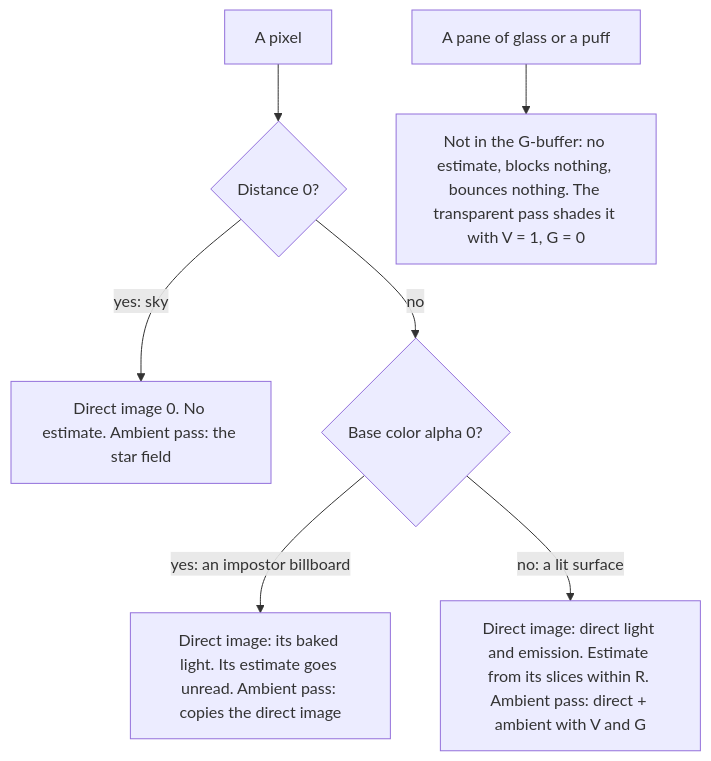
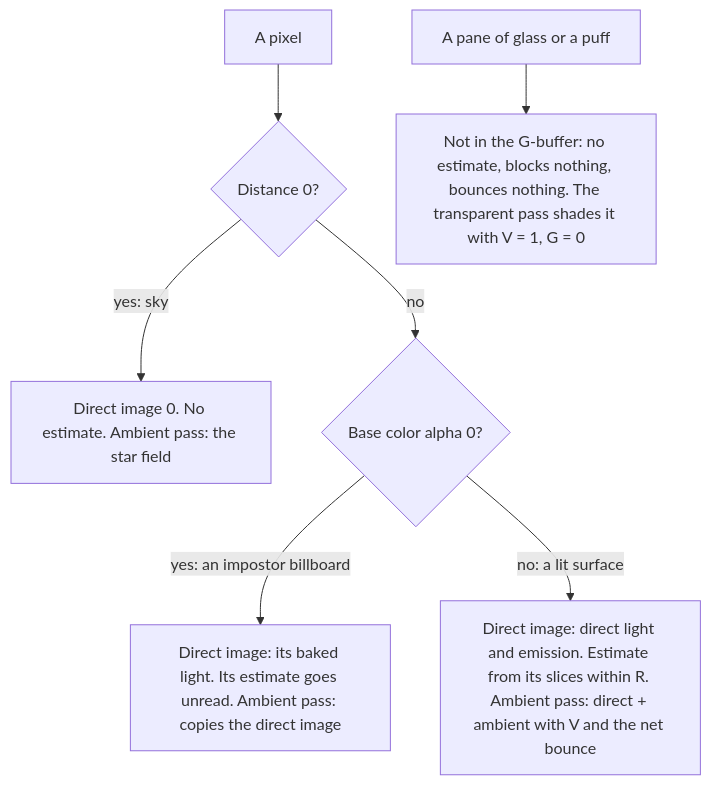
The third of 3 diagrams in docs/plans/screen-space-illumination.md (alexispurslane/tertius), drawn with Mermaid before and after one commit. The commit also changed other lines of this file and 33 other files, not shown here.

First line of the commit message:
ter-fs7b: the bounce light's open sectors read the environment map in their own directions

````diff
--- a/docs/plans/screen-space-illumination.md
+++ b/docs/plans/screen-space-illumination.md
@@ -784,9 +894,9 @@
 ```mermaid
 flowchart TD
     P["A pixel"] --> S{"Distance 0?"}
     S -- "yes: sky" --> SK["Direct image 0. No estimate. Ambient pass: the star field"]
     S -- no --> I{"Base color alpha 0?"}
     I -- "yes: an impostor billboard" --> IM["Direct image: its baked light. Its estimate goes unread. Ambient pass: copies the direct image"]
-    I -- "no: a lit surface" --> L["Direct image: direct light and emission. Estimate from its slices within R. Ambient pass: direct + ambient with V and G"]
+    I -- "no: a lit surface" --> L["Direct image: direct light and emission. Estimate from its slices within R. Ambient pass: direct + ambient with V and the net bounce"]
     G["A pane of glass or a puff"] --> TP["Not in the G-buffer: no estimate, blocks nothing, bounces nothing. The transparent pass shades it with V = 1, G = 0"]
 ```
````
